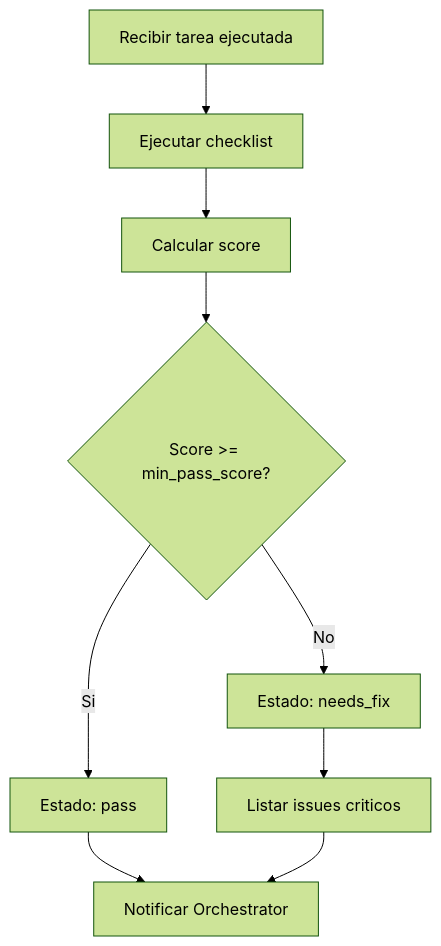
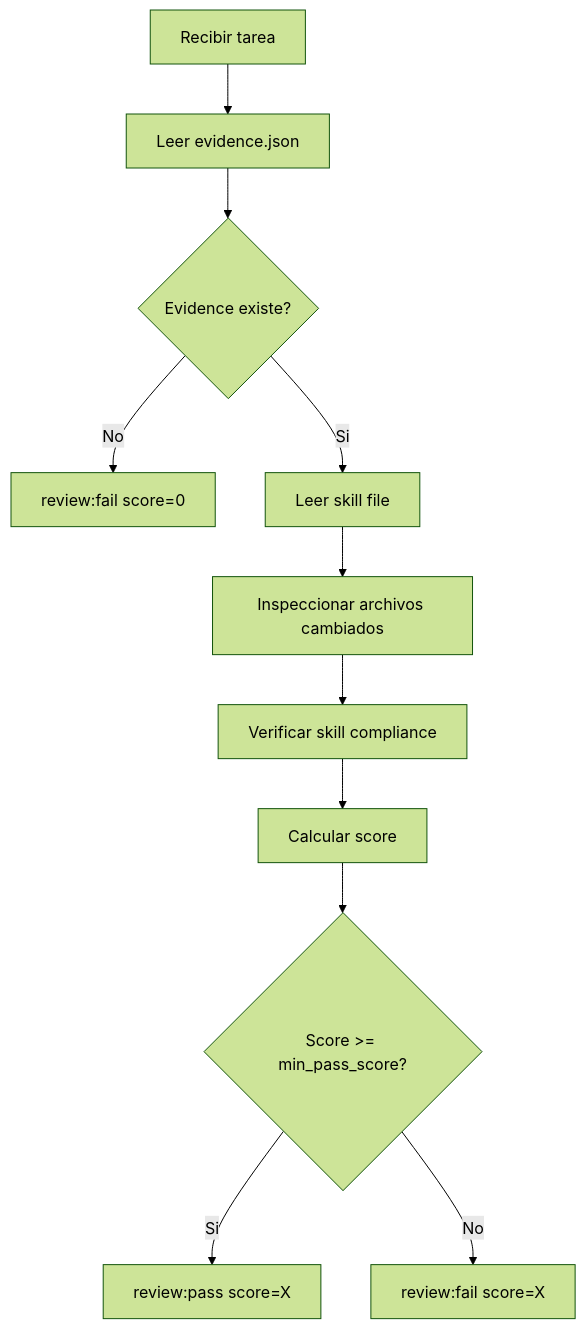
The diagram in agents/reviewer.md (cagr1/ai-orchestrator-base), drawn with Mermaid (forest theme) before and after one commit. The commit also changed other lines of this file and 11 other files, not shown here.

````diff
--- a/agents/reviewer.md
+++ b/agents/reviewer.md
@@ -89,11 +142,13 @@
 ```mermaid
 graph TD
-    A[Recibir tarea ejecutada] --> B[Ejecutar checklist]
-    B --> C[Calcular score]
-    C --> D{Score >= min_pass_score?}
-    D -->|Si| E[Estado: pass]
-    D -->|No| F[Estado: needs_fix]
-    F --> G[Listar issues criticos]
-    E --> H[Notificar Orchestrator]
-    G --> H
+    A[Recibir tarea] --> A1[Leer evidence.json]
+    A1 --> A2{Evidence existe?}
+    A2 -->|No| FAIL0[review:fail score=0]
+    A2 -->|Si| B[Leer skill file]
+    B --> C[Inspeccionar archivos cambiados]
+    C --> D[Verificar skill compliance]
+    D --> E[Calcular score]
+    E --> F{Score >= min_pass_score?}
+    F -->|Si| PASS[review:pass score=X]
+    F -->|No| FAIL[review:fail score=X]
 ```
````
